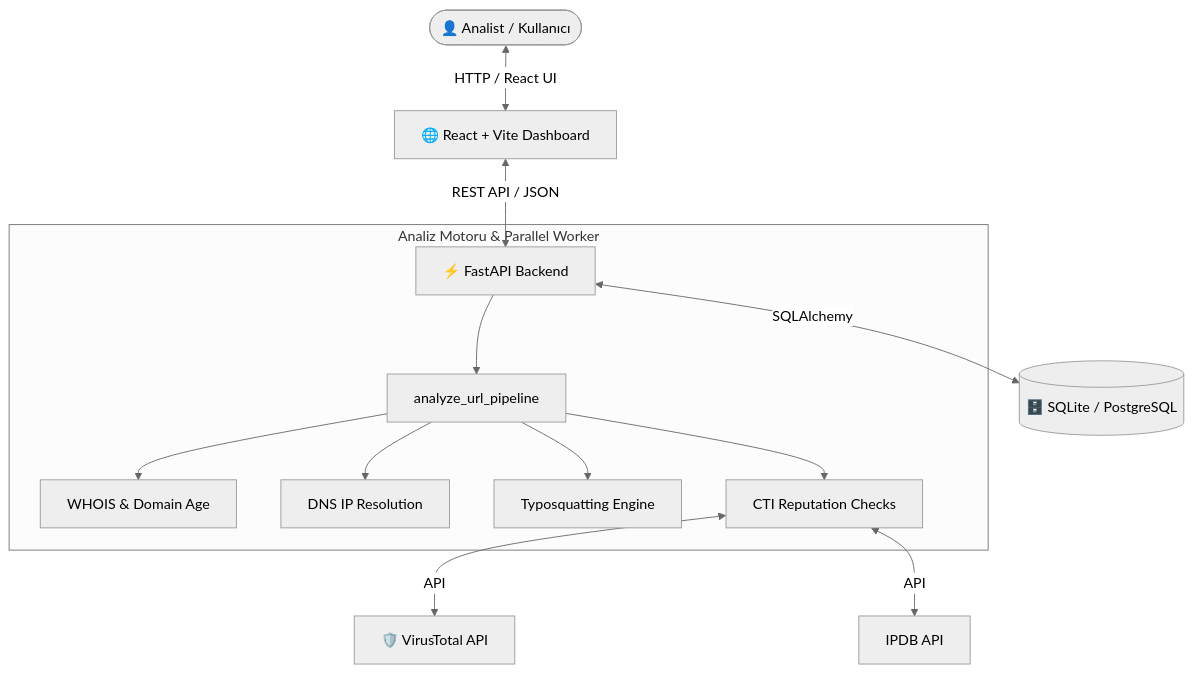
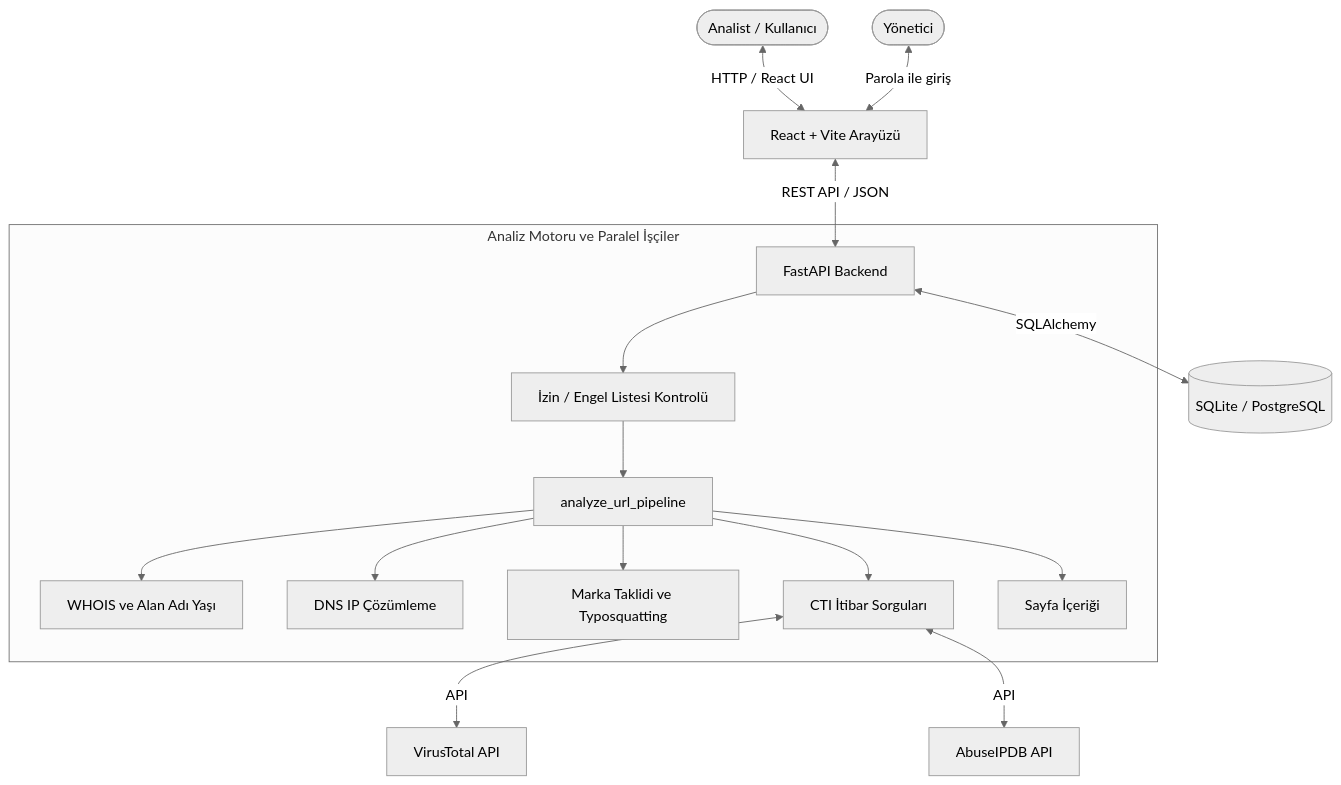
One commit to kinancgulbahar00-oss/Phishing-Campaign-Intelligence-Platform changed the diagram in README.md. Above: the diagram before and after it, drawn with Mermaid (neutral theme). The commit also changed other lines of this file and 6 other files, not shown here.

````diff
--- a/README.md
+++ b/README.md
@@ -51,17 +76,20 @@
 ```mermaid
 graph TD
-    User([👤 Analist / Kullanıcı]) <-->|HTTP / React UI| Frontend[🌐 React + Vite Dashboard]
-    Frontend <-->|REST API / JSON| Backend[⚡ FastAPI Backend]
-    
-    subgraph Core Pipeline [Analiz Motoru & Parallel Worker]
-        Backend --> Pipeline[analyze_url_pipeline]
-        Pipeline --> Task1[WHOIS & Domain Age]
-        Pipeline --> Task2[DNS IP Resolution]
-        Pipeline --> Task3[Typosquatting Engine]
-        Pipeline --> Task4[CTI Reputation Checks]
+    User([Analist / Kullanıcı]) <-->|HTTP / React UI| Frontend[React + Vite Arayüzü]
+    Admin([Yönetici]) <-->|Parola ile giriş| Frontend
+    Frontend <-->|REST API / JSON| Backend[FastAPI Backend]
+
+    subgraph Core Pipeline [Analiz Motoru ve Paralel İşçiler]
+        Backend --> Lists[İzin / Engel Listesi Kontrolü]
+        Lists --> Pipeline[analyze_url_pipeline]
+        Pipeline --> Task1[WHOIS ve Alan Adı Yaşı]
+        Pipeline --> Task2[DNS IP Çözümleme]
+        Pipeline --> Task3[Marka Taklidi ve Typosquatting]
+        Pipeline --> Task4[CTI İtibar Sorguları]
+        Pipeline --> Task5[Sayfa İçeriği]
     end
-    
-    Task4 <-->|API| VT[🛡️ VirusTotal API]
-    Task4 <-->|API| Abuse[IPDB API]
-    Backend <-->|SQLAlchemy| DB[(🗄️ SQLite / PostgreSQL)]
+
+    Task4 <-->|API| VT[VirusTotal API]
+    Task4 <-->|API| Abuse[AbuseIPDB API]
+    Backend <-->|SQLAlchemy| DB[(SQLite / PostgreSQL)]
 ```
````
